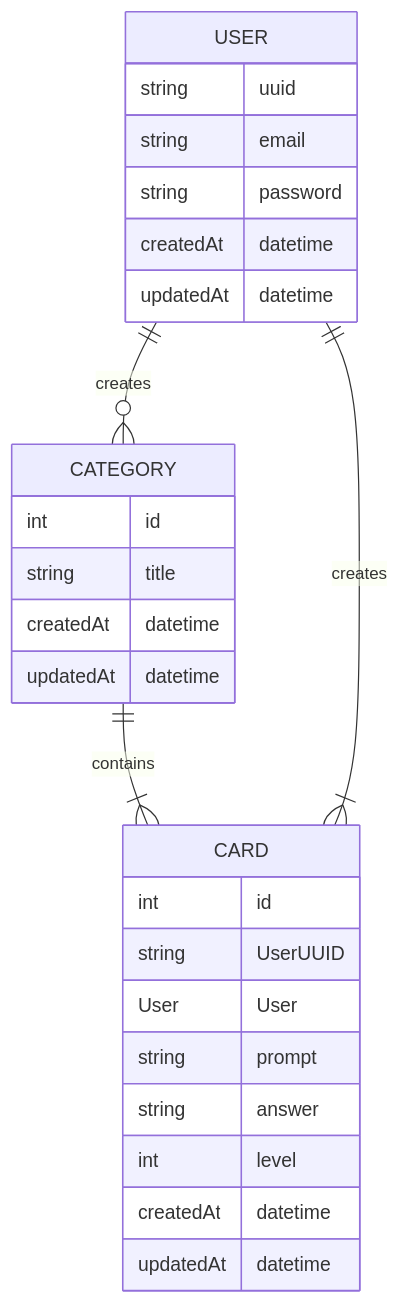
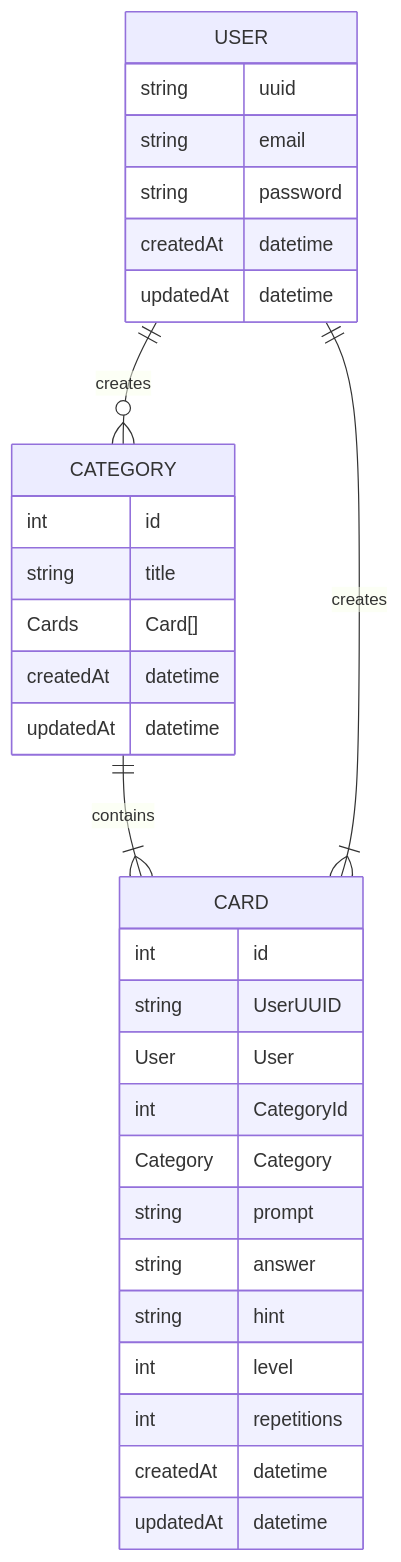
The diagram in prisma/schema.md (AllyDouillette/backend-personal-project), drawn with Mermaid before and after one commit. The commit also changed 1 other file, not shown here.

Commit message:
extend schema according to plan

````diff
--- a/prisma/schema.md
+++ b/prisma/schema.md
@@ -1,32 +1,37 @@
 ```mermaid
 erDiagram
     USER {
         string uuid
         string email
         string password
         createdAt datetime
         updatedAt datetime
     }
 
     CATEGORY {
         int id
         string title
+        Cards Card[]
         createdAt datetime
         updatedAt datetime
     }
 
     CARD {
         int id
         string  UserUUID
         User  User
+        int CategoryId
+        Category Category
         string prompt
         string answer
+        string hint
         int level
+        int repetitions
         createdAt datetime
         updatedAt datetime
     }
 
     USER ||--o{ CATEGORY : creates
     CATEGORY ||--|{ CARD : contains
     USER ||--|{ CARD : creates
 ```
````
